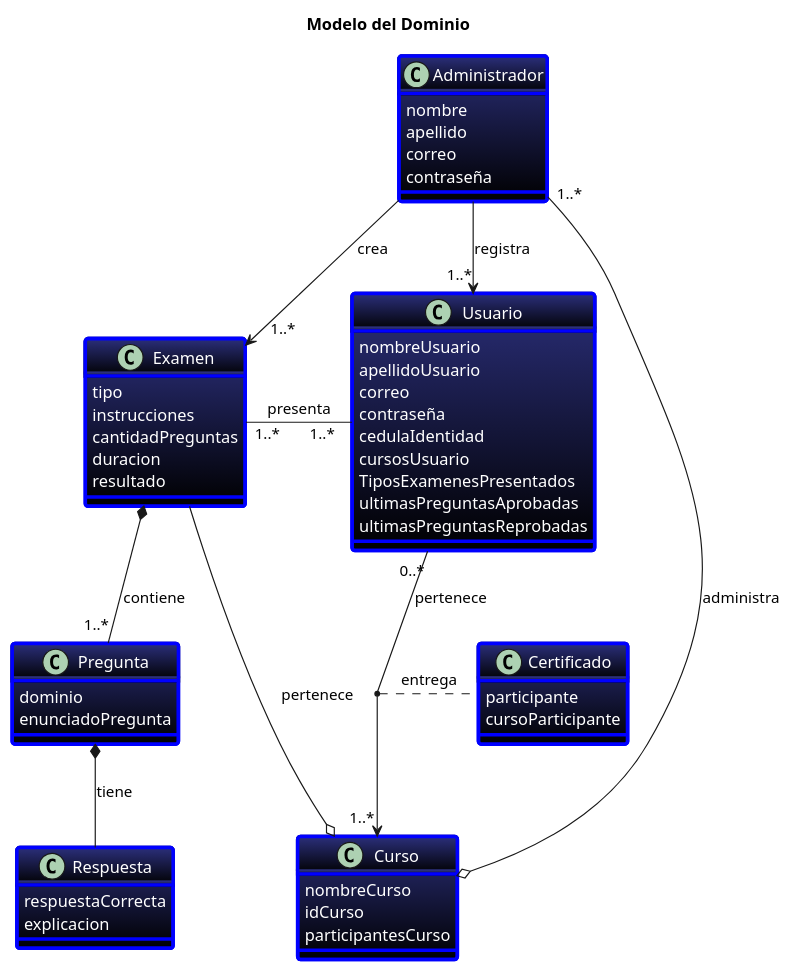
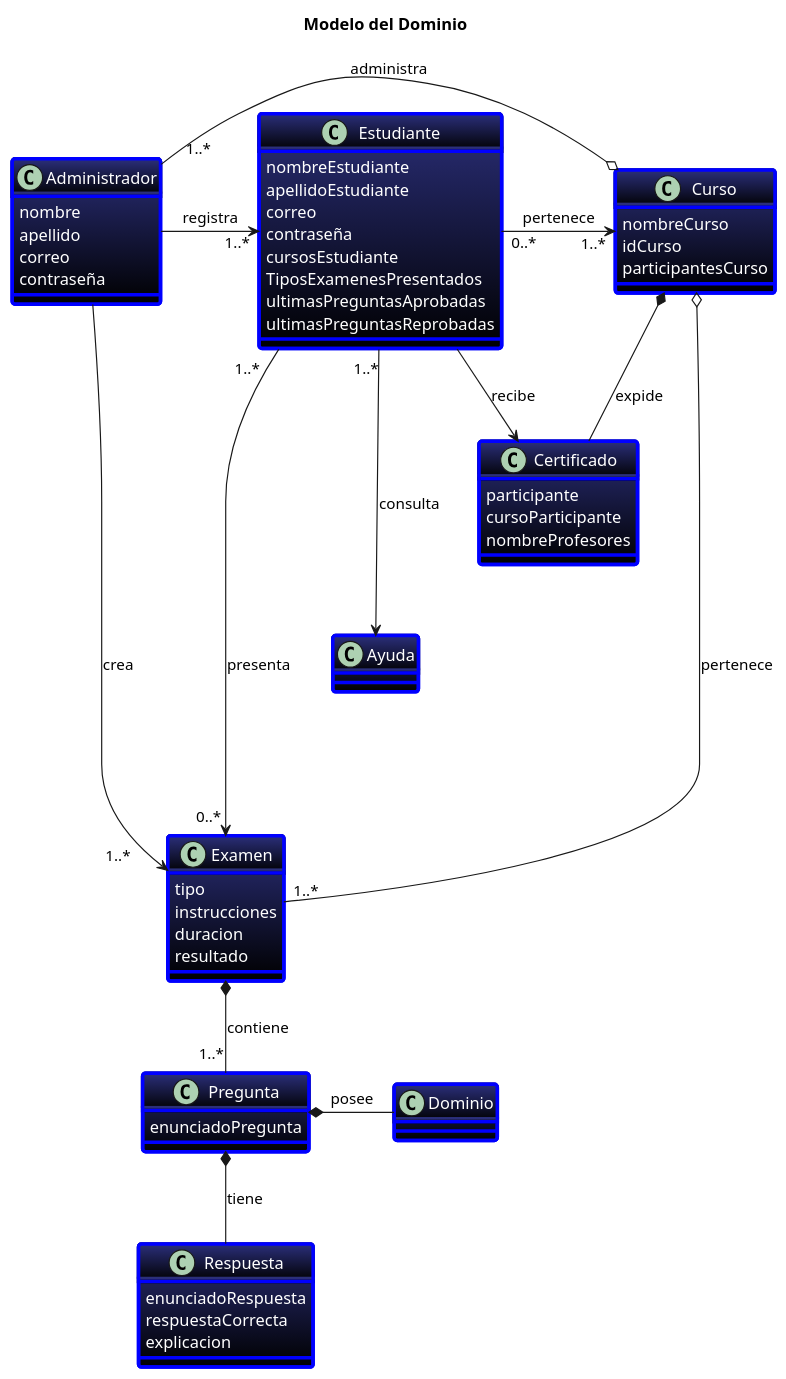
Before and after one commit to febres35/EdTech_IS: the diagram in docs/scenariosView/diagramaClasesDominio.plantuml, drawn with PlantUML. The commit also changed 1 other file, not shown here.

Commit message:
Nuevas cambios modelo del dominio Se agregaron las clases Ayuda y Dominio Se eliminaron atributos no requeridos

```diff
--- a/docs/scenariosView/diagramaClasesDominio.plantuml
+++ b/docs/scenariosView/diagramaClasesDominio.plantuml
@@ -1,68 +1,74 @@
 @startuml "Diagrama de clases"
 
 title "Modelo del Dominio"
 
 skinparam Class{
   BackgroundColor 2B2F7B-black
   AttributeFontColor white
   BorderThickness 3
   BorderColor blue
 }
 class Administrador{
   nombre
   apellido
   correo
   contraseña
 }
-class Usuario{
-  nombreUsuario
-  apellidoUsuario
+class Estudiante{
+  nombreEstudiante
+  apellidoEstudiante
   correo
   contraseña
-  cedulaIdentidad
-  cursosUsuario
+  cursosEstudiante
   TiposExamenesPresentados
   ultimasPreguntasAprobadas
   ultimasPreguntasReprobadas
 }
+
+class Ayuda
+
 class Curso{
   nombreCurso
   idCurso
   participantesCurso
 }
 class Examen{
   tipo
   instrucciones
-  cantidadPreguntas
   duracion
   resultado
 }
 class Pregunta{
-  dominio
   enunciadoPregunta
 }
+
+class Dominio
+
 class Respuesta{
+  enunciadoRespuesta
   respuestaCorrecta
   explicacion
 }
 class Certificado{
   participante
   cursoParticipante
+  nombreProfesores
 }
 
-Administrador -down-> "    1..*"Examen: crea
-Administrador -> "     1..*"Usuario: registra
-Administrador "1..*"-right-o Curso: administra
+Administrador -right-> "1..*       "Examen: crea
+Administrador -right-> "     1..*"Estudiante: registra
+Administrador "    1..*"-right-o Curso: administra
 
-Usuario "0..*"-->"    1..*"Curso: pertenece
-Usuario "1..*  "-left- "1..* "Examen: presenta
-(Usuario, Curso) .. Certificado: entrega
+Estudiante "0..*"-right->"    1..*"Curso: pertenece
+Estudiante "1..*   "-right-> "0..* "Examen: presenta
+Estudiante --> Certificado: recibe
+Estudiante "1..*"---> Ayuda: consulta
 
 Examen *-down- "1..*"Pregunta: contiene
-Pregunta *-- Respuesta: tiene
+Pregunta *-down- Respuesta: tiene
+Pregunta *-right- Dominio: posee
 
-Curso o-- Examen: pertenece
-
-
+Curso o----- "1..*"Examen: pertenece
+Curso *- Certificado: expide
 
 @enduml
```
